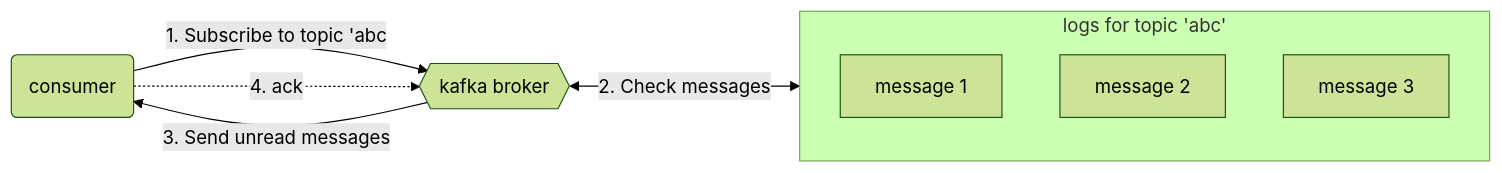
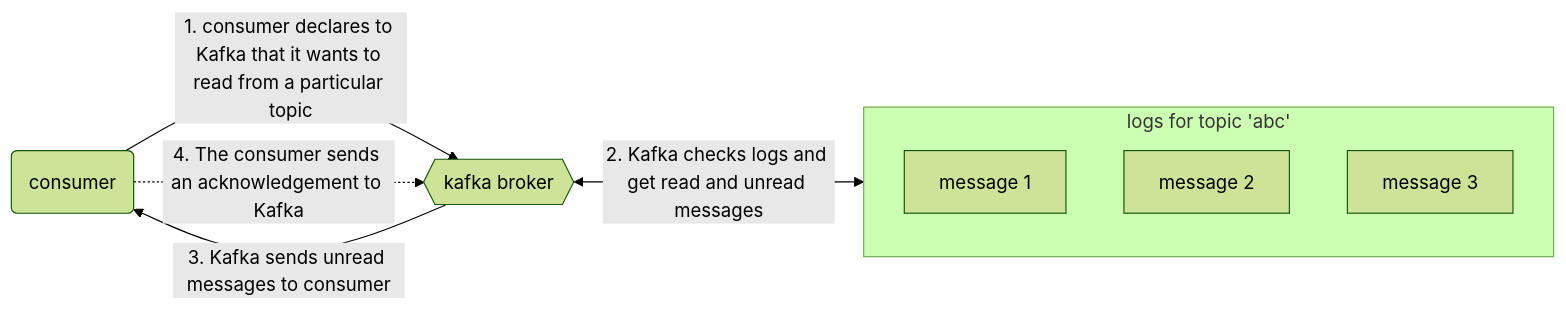
Before and after one commit to shayansm2/eng-notebook: the second of 2 diagrams in kafka/readme.md, drawn with Mermaid (forest theme). The commit also changed other lines of this file, not shown here.

````diff
--- a/kafka/readme.md
+++ b/kafka/readme.md
@@ -86,15 +81,14 @@
 ```mermaid
 flowchart LR
     c(consumer)
     k{{kafka broker}}
     subgraph logs[logs for topic 'abc']
         m1[message 1]
         m2[message 2]
         m3[message 3]
     end
-    c-->|1. Subscribe to topic 'abc|k
-    k<-->|2. Check messages|logs
-    k-->|3. Send unread messages|c
-    c-.->|4. ack|k
-
+    c-->|1. consumer declares to Kafka that it wants to read from a particular topic|k
+    k<-->|2. Kafka checks logs and get read and unread messages|logs
+    k-->|3. Kafka sends unread messages to consumer|c
+    c-.->|4. The consumer sends an acknowledgement to Kafka|k
 ```
````
